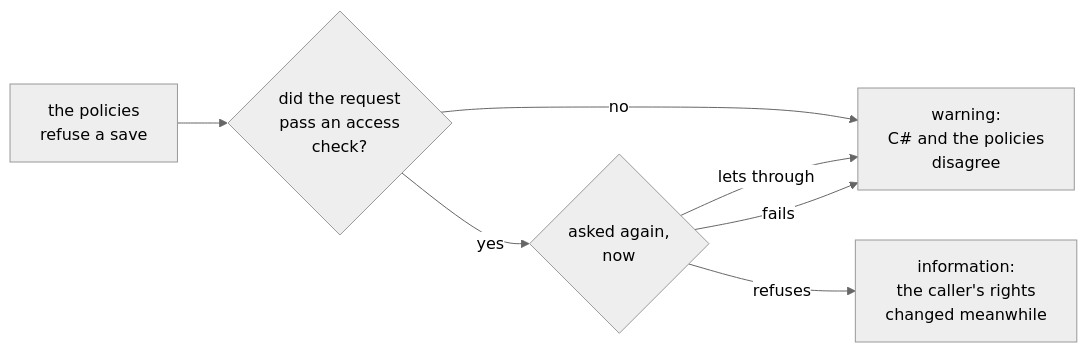
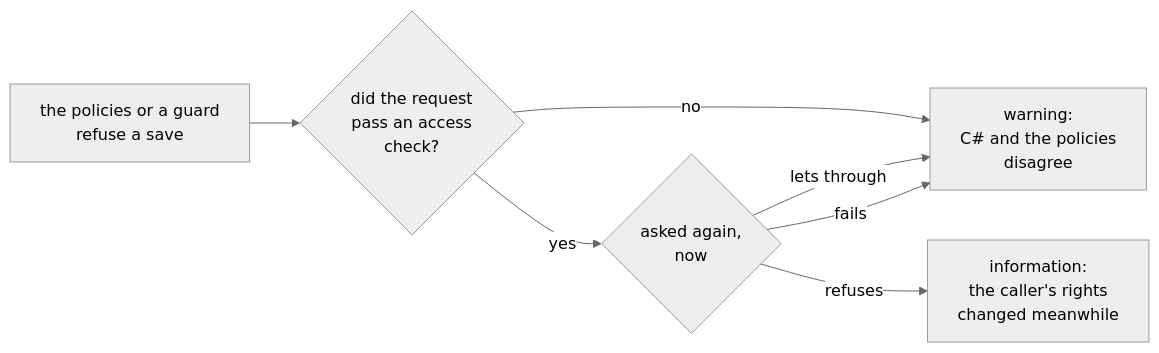
Before and after one commit to DylanSnel/DDDToolkit: diagram 11 of 11 in docs/row-level-security.md, drawn with Mermaid (neutral theme). The commit also changed other lines of this file and 2 other files, not shown here.

First line of the commit message:
Integration: a guard's refusal after a change of rights is logged as one, as a policy's is

````diff
--- a/docs/row-level-security.md
+++ b/docs/row-level-security.md
@@ -2075,9 +2082,9 @@
 ```mermaid
 flowchart LR
-    Refused["the policies<br/>refuse a save"] --> Passed{"did the request<br/>pass an access<br/>check?"}
+    Refused["the policies or a guard<br/>refuse a save"] --> Passed{"did the request<br/>pass an access<br/>check?"}
     Passed -- "no" --> Warning["warning:<br/>C# and the policies<br/>disagree"]
     Passed -- "yes" --> Again{"asked again,<br/>now"}
     Again -- "refuses" --> Information["information:<br/>the caller's rights<br/>changed meanwhile"]
     Again -- "lets through" --> Warning
     Again -- "fails" --> Warning
 ```
````
